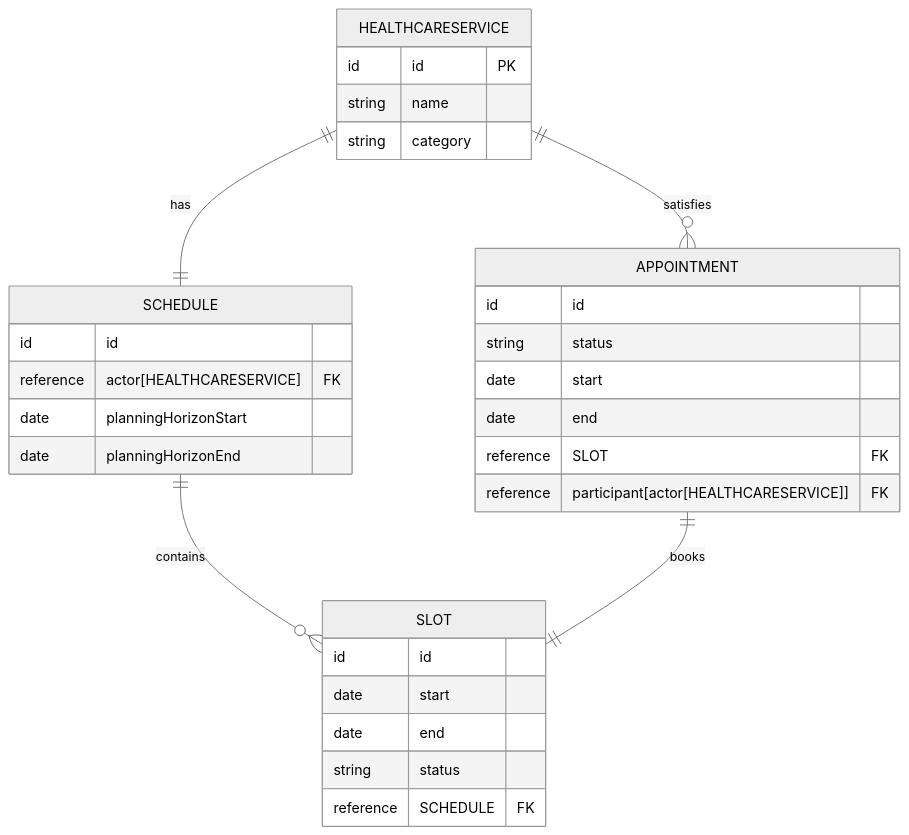
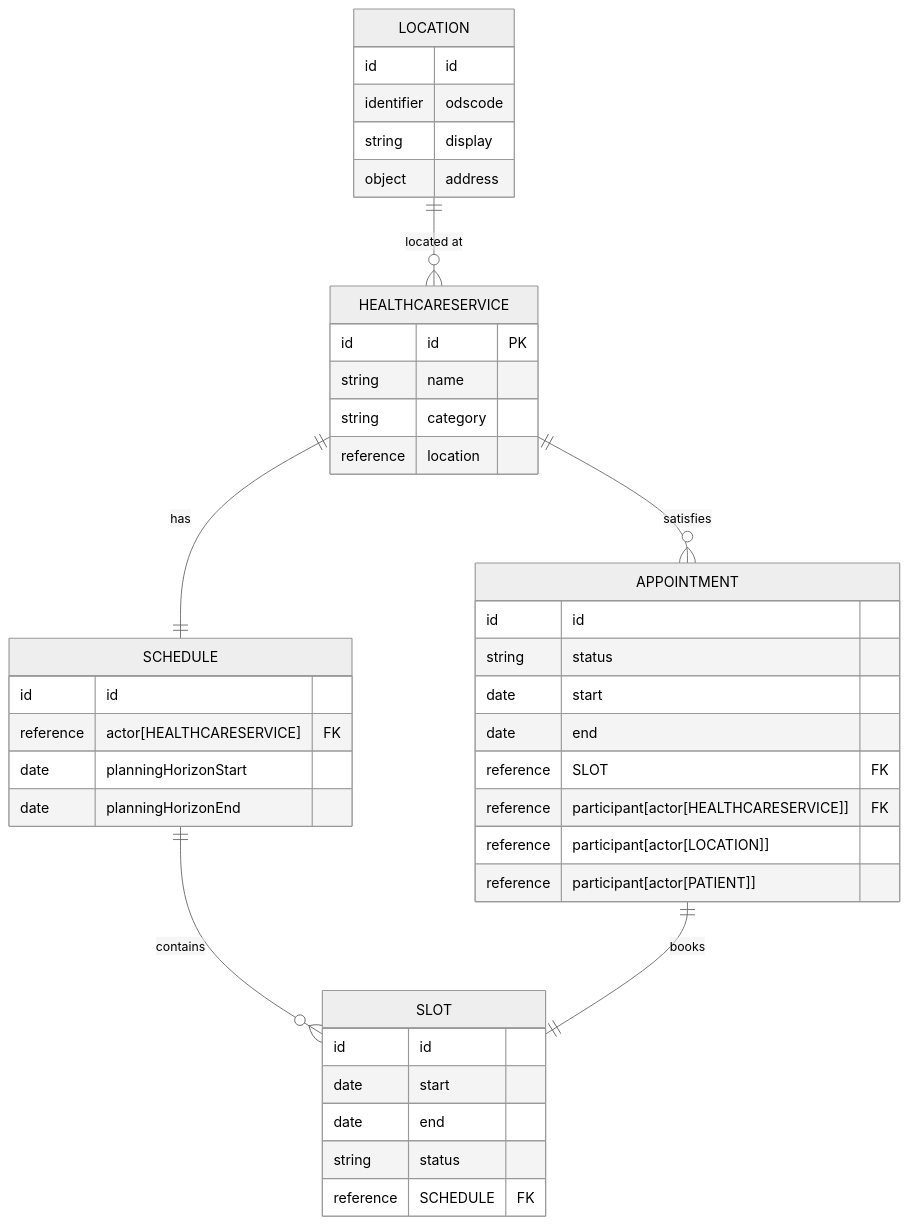
Before and after one commit to hs14m2b/tapocs: the diagram in barsvaccs/docs/apptRelationships.mmd, drawn with Mermaid (neutral theme). The commit also changed 6 other files, not shown here.

```diff
--- a/barsvaccs/docs/apptRelationships.mmd
+++ b/barsvaccs/docs/apptRelationships.mmd
@@ -1,33 +1,43 @@
 erDiagram
     HEALTHCARESERVICE ||--|| SCHEDULE : "has"
     SCHEDULE ||--o{ SLOT : "contains"
     APPOINTMENT ||--|| SLOT : "books"
     HEALTHCARESERVICE ||--o{ APPOINTMENT : "satisfies"
+    LOCATION ||--o{  HEALTHCARESERVICE : "located at"
     
 
     HEALTHCARESERVICE {
         id id PK
         string name
         string category
+        reference location
     }
     SCHEDULE {
         id id
         reference actor[HEALTHCARESERVICE] FK
         date planningHorizonStart
         date planningHorizonEnd
     }
     SLOT {
         id id
         date start
         date end
         string status
         reference SCHEDULE FK
     }
     APPOINTMENT {
         id id
         string status
         date start
         date end
         reference SLOT FK
         reference participant[actor[HEALTHCARESERVICE]] FK
+        reference participant[actor[LOCATION]]
+        reference participant[actor[PATIENT]]
     }
+    LOCATION {
+        id id
+        identifier odscode
+        string display
+        object address
+    }
```
